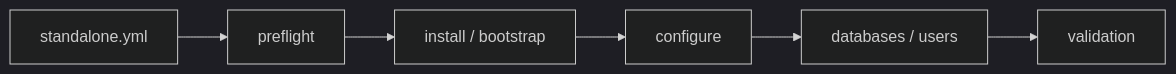
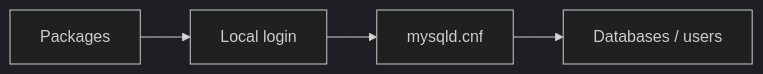
Before and after one commit to OT-OSM/percona_server: the diagram in roles/percona_server/README.md, drawn with Mermaid (dark theme). The commit also changed other lines of this file and 159 other files, not shown here.

````diff
--- a/roles/percona_server/README.md
+++ b/roles/percona_server/README.md
@@ -5,4 +5,4 @@
 ```mermaid
 flowchart LR
-  A[standalone.yml] --> B[preflight]; B --> C[install / bootstrap]; C --> D[configure]; D --> E[databases / users]; E --> F[validation]
+  A[Packages] --> B[Local login] --> C[mysqld.cnf] --> D[Databases / users]
 ```
````
